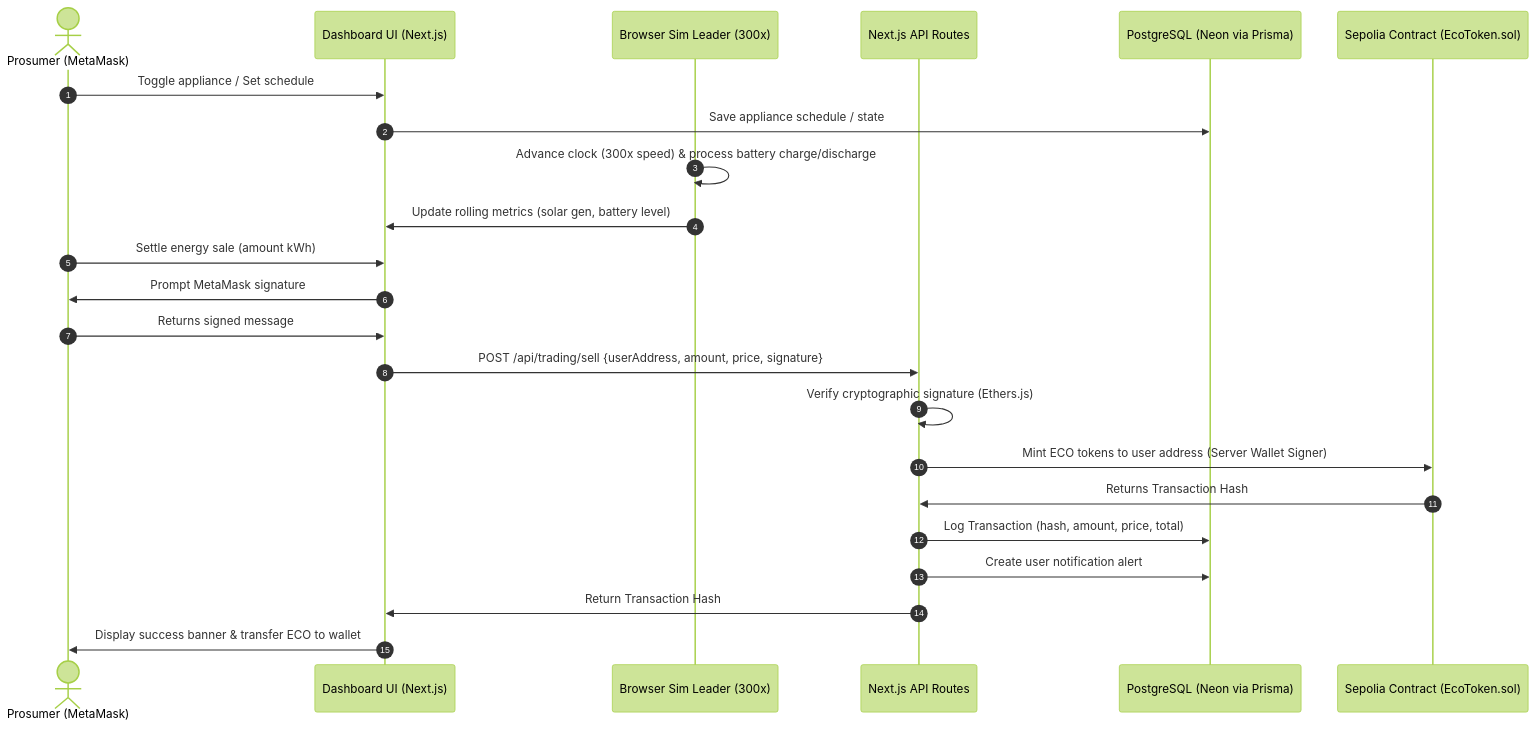
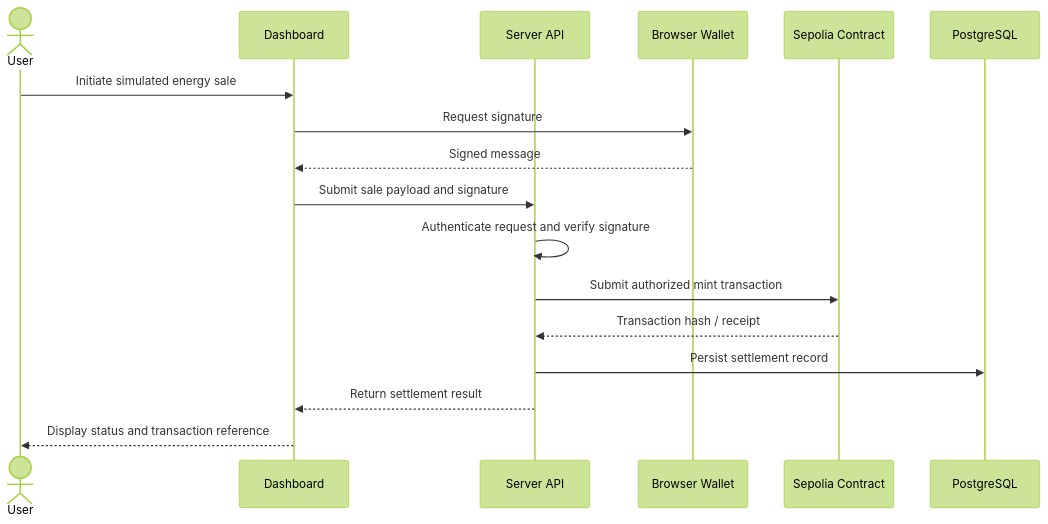
The second of 2 diagrams in README.md (DIVYANK-BHARDWAJ/ECO-SYNC), drawn with Mermaid (forest theme) before and after one commit. The commit also changed other lines of this file, not shown here.

Commit message:
docs: elevate Eco-Sync README

````diff
--- a/README.md
+++ b/README.md
@@ -35,26 +110,20 @@
 ```mermaid
 sequenceDiagram
-    autonumber
-    actor User as Prosumer (MetaMask)
-    participant UI as Dashboard UI (Next.js)
-    participant Sim as Browser Sim Leader (300x)
-    participant API as Next.js API Routes
-    participant DB as PostgreSQL (Neon via Prisma)
-    participant Chain as Sepolia Contract (EcoToken.sol)
+    actor User
+    participant UI as Dashboard
+    participant API as Server API
+    participant Wallet as Browser Wallet
+    participant Chain as Sepolia Contract
+    participant DB as PostgreSQL
 
-    User->>UI: Toggle appliance / Set schedule
-    UI->>DB: Save appliance schedule / state
-    Sim->>Sim: Advance clock (300x speed) & process battery charge/discharge
-    Sim->>UI: Update rolling metrics (solar gen, battery level)
-    User->>UI: Settle energy sale (amount kWh)
-    UI->>User: Prompt MetaMask signature
-    User->>UI: Returns signed message
-    UI->>API: POST /api/trading/sell {userAddress, amount, price, signature}
-    API->>API: Verify cryptographic signature (Ethers.js)
-    API->>Chain: Mint ECO tokens to user address (Server Wallet Signer)
-    Chain->>API: Returns Transaction Hash
-    API->>DB: Log Transaction (hash, amount, price, total)
-    API->>DB: Create user notification alert
-    API->>UI: Return Transaction Hash
-    UI->>User: Display success banner & transfer ECO to wallet
+    User->>UI: Initiate simulated energy sale
+    UI->>Wallet: Request signature
+    Wallet-->>UI: Signed message
+    UI->>API: Submit sale payload and signature
+    API->>API: Authenticate request and verify signature
+    API->>Chain: Submit authorized mint transaction
+    Chain-->>API: Transaction hash / receipt
+    API->>DB: Persist settlement record
+    API-->>UI: Return settlement result
+    UI-->>User: Display status and transaction reference
 ```
````
